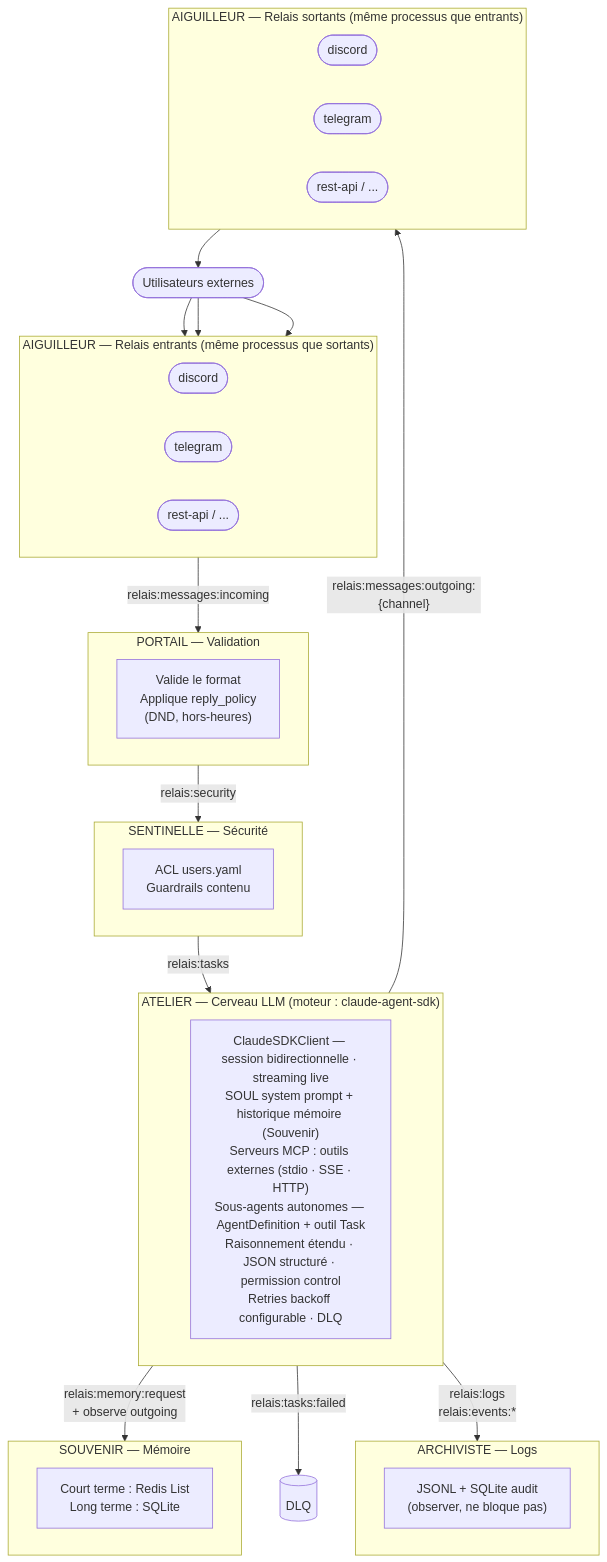
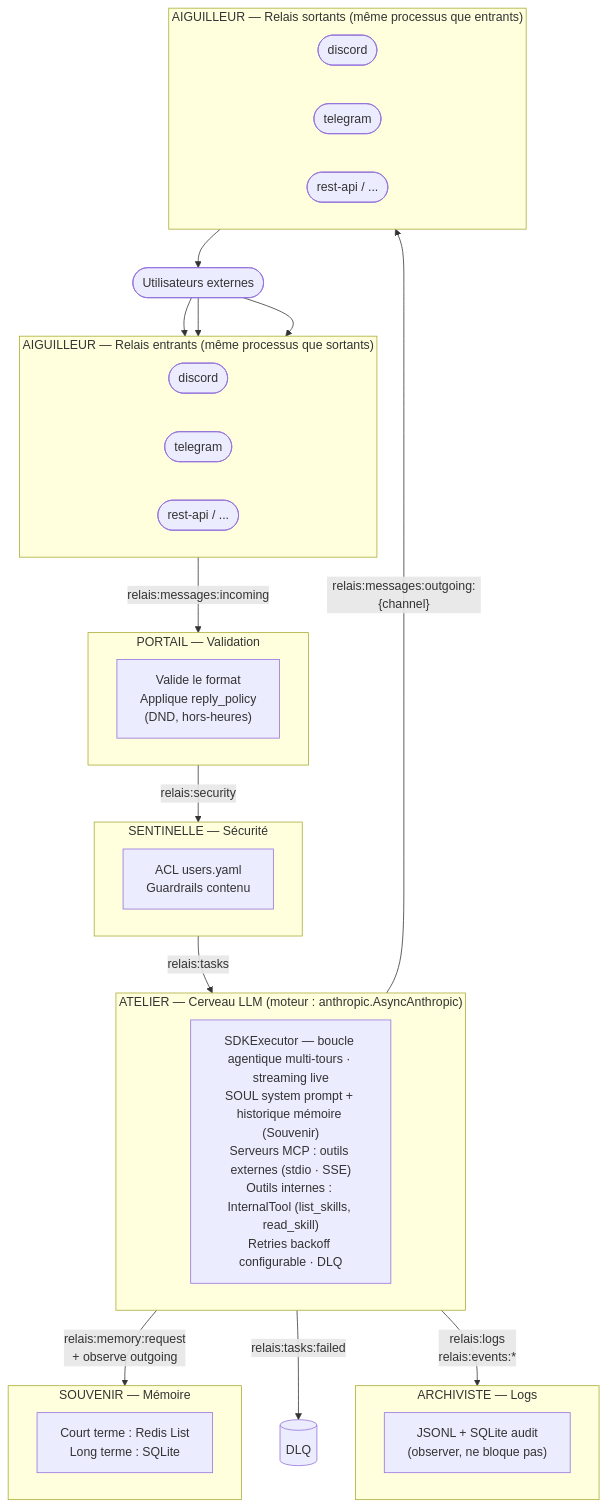
The diagram in README.md (cyberbobjr/relais), drawn with Mermaid before and after one commit. The commit also changed other lines of this file and 40 other files, not shown here.

First line of the commit message:
feat: unified Aiguilleur, Atelier refactor, MCP SSE support

````diff
--- a/README.md
+++ b/README.md
@@ -83,53 +82,53 @@
 ```mermaid
 flowchart TD
     USERS(["Utilisateurs externes"])
 
     USERS --> D_IN & T_IN & R_IN
 
     subgraph AIG_IN["AIGUILLEUR — Relais entrants (même processus que sortants)"]
         direction LR
         D_IN([discord])
         T_IN([telegram])
         R_IN([rest-api / ...])
     end
 
     AIG_IN -->|"relais:messages:incoming"| PORTAIL
 
     subgraph PORTAIL["PORTAIL — Validation"]
         P["Valide le format\nApplique reply_policy\n(DND, hors-heures)"]
     end
 
     PORTAIL -->|"relais:security"| SENTINELLE
 
     subgraph SENTINELLE["SENTINELLE — Sécurité"]
         S["ACL users.yaml\nGuardrails contenu"]
     end
 
     SENTINELLE -->|"relais:tasks"| ATELIER
 
-    subgraph ATELIER["ATELIER — Cerveau LLM  (moteur : claude-agent-sdk)"]
-        A["ClaudeSDKClient — session bidirectionnelle · streaming live\nSOUL system prompt + historique mémoire (Souvenir)\nServeurs MCP : outils externes (stdio · SSE · HTTP)\nSous-agents autonomes — AgentDefinition + outil Task\nRaisonnement étendu · JSON structuré · permission control\nRetries backoff configurable · DLQ"]
+    subgraph ATELIER["ATELIER — Cerveau LLM  (moteur : anthropic.AsyncAnthropic)"]
+        A["SDKExecutor — boucle agentique multi-tours · streaming live\nSOUL system prompt + historique mémoire (Souvenir)\nServeurs MCP : outils externes (stdio · SSE)\nOutils internes : InternalTool (list_skills, read_skill)\nRetries backoff configurable · DLQ"]
     end
 
     ATELIER -->|"relais:messages:outgoing:{channel}"| AIG_OUT
     ATELIER -->|"relais:memory:request\n+ observe outgoing"| SOUVENIR
     ATELIER -->|"relais:tasks:failed"| DLQ[("DLQ")]
     ATELIER -->|"relais:logs\nrelais:events:*"| ARCHIVISTE
 
     subgraph AIG_OUT["AIGUILLEUR — Relais sortants (même processus que entrants)"]
         direction LR
         D_OUT([discord])
         T_OUT([telegram])
         R_OUT([rest-api / ...])
     end
 
     subgraph SOUVENIR["SOUVENIR — Mémoire"]
         SV["Court terme : Redis List\nLong terme : SQLite"]
     end
 
     subgraph ARCHIVISTE["ARCHIVISTE — Logs"]
         AR["JSONL + SQLite audit\n(observer, ne bloque pas)"]
     end
 
     AIG_OUT --> USERS
 ```
````
